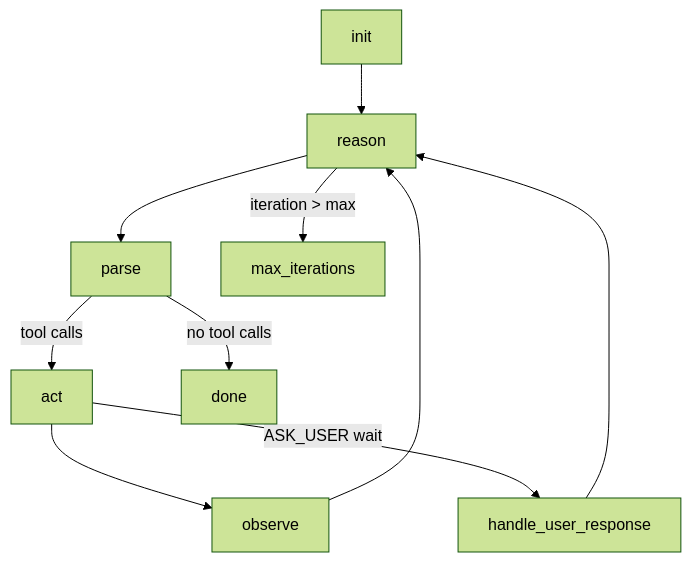
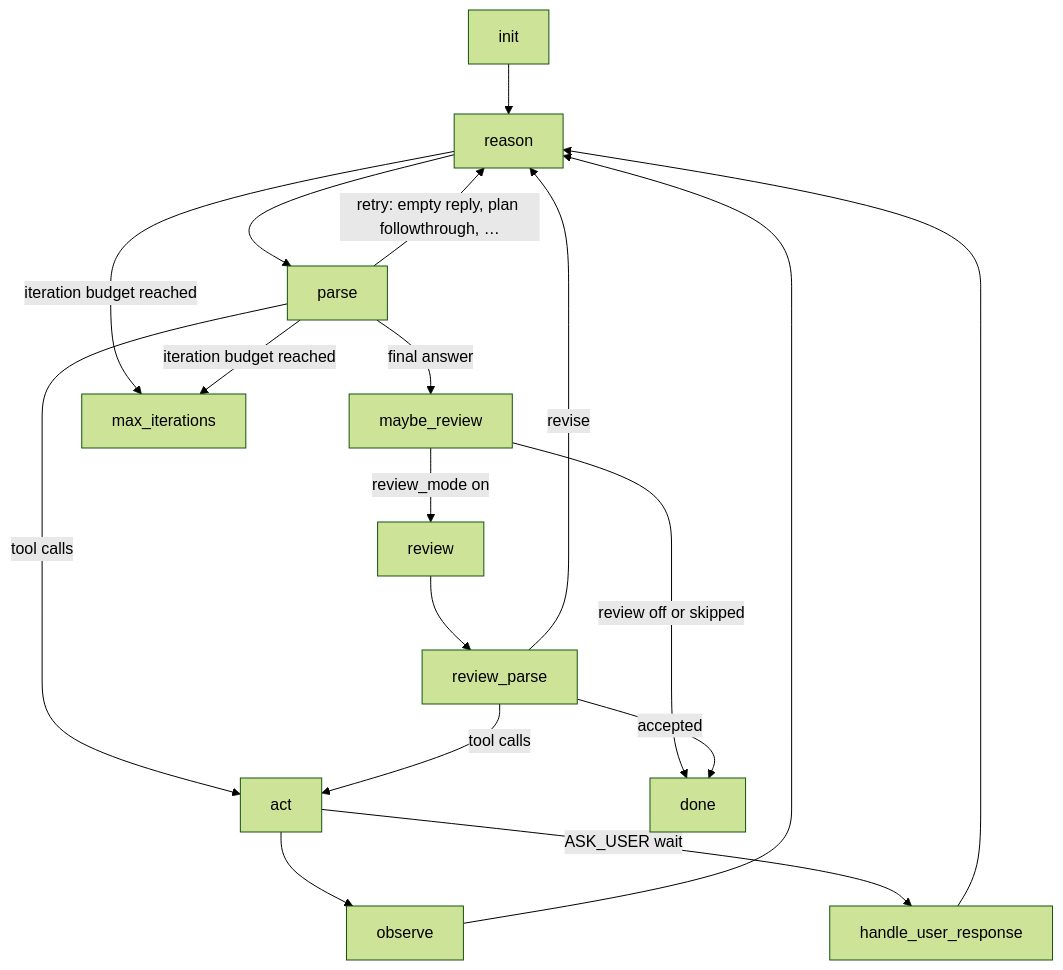
One commit to lpalbou/AbstractAgent changed the second of 3 diagrams in docs/architecture.md. Above: the diagram before and after it, drawn with Mermaid (forest theme). The commit also changed other lines of this file and 14 other files, not shown here.

````diff
--- a/docs/architecture.md
+++ b/docs/architecture.md
@@ -78,8 +78,15 @@
 ```mermaid
 flowchart TD
   init --> reason --> parse
   parse -->|tool calls| act --> observe --> reason
   act -->|ASK_USER wait| handle_user_response --> reason
-  parse -->|no tool calls| done
-  reason -->|iteration > max| max_iterations
+  parse -->|retry: empty reply, plan followthrough, …| reason
+  parse -->|final answer| maybe_review
+  maybe_review -->|review off or skipped| done
+  maybe_review -->|review_mode on| review --> review_parse
+  review_parse -->|accepted| done
+  review_parse -->|revise| reason
+  review_parse -->|tool calls| act
+  reason -->|iteration budget reached| max_iterations
+  parse -->|iteration budget reached| max_iterations
 ```
````
